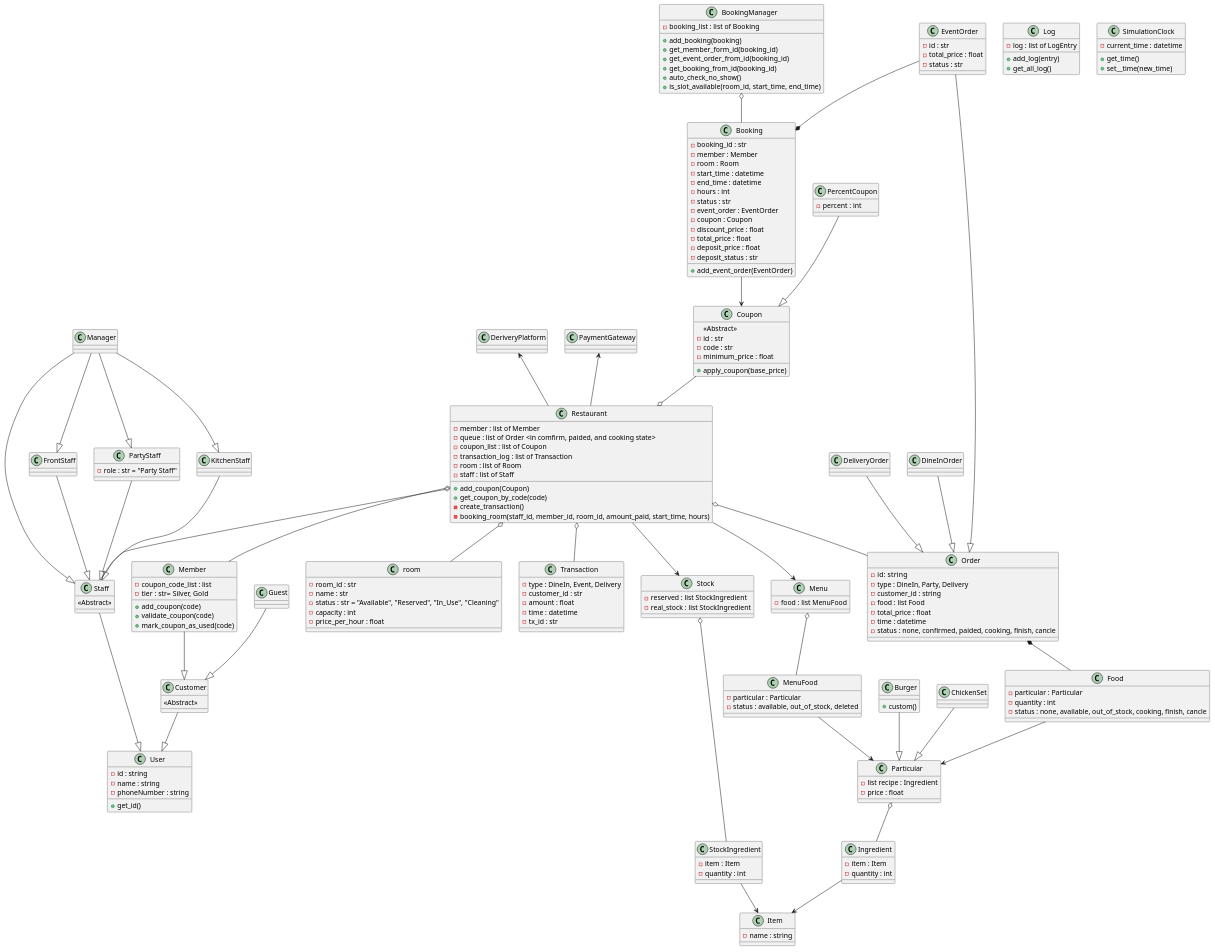
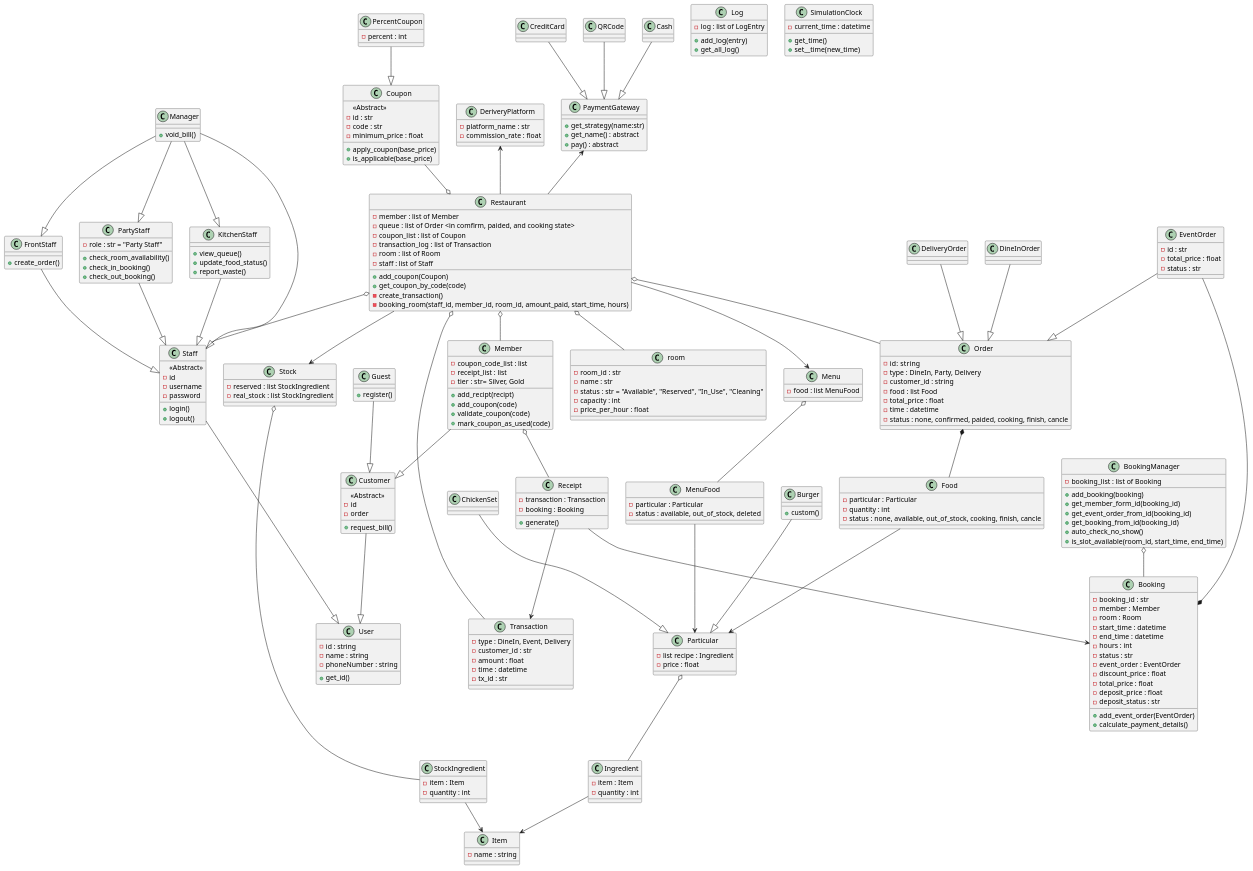
The diagram in shared/doc/class_diagram.puml (twrrippy/knight-chicken-oop), drawn with PlantUML before and after one commit.

Commit message:
Enhance class diagram with new attributes and methods for Customer, Member, Staff, Booking, Coupon, PaymentGateway, and Receipt classes

```diff
--- a/shared/doc/class_diagram.puml
+++ b/shared/doc/class_diagram.puml
@@ -25,13 +25,18 @@
 Guest--|>Customer
 class Customer {
     <<Abstract>>
+    - id
+    - order
+    + request_bill()
 }
 class Guest {
-
+    + register()
 }
 class Member{
     - coupon_code_list : list
+    - receipt_list : list
     - tier : str= Silver, Gold
+    + add_recipt(recipt)
     + add_coupon(code)
     + validate_coupon(code)
     + mark_coupon_as_used(code)
@@ -47,18 +52,30 @@
 Manager--|>KitchenStaff
 class Staff{
     <<Abstract>>
+    - id
+    - username
+    - password
+    + login()
+    + logout()
 }
 class FrontStaff{
+    + create_order()
     
 }
 class PartyStaff{
     - role : str = "Party Staff"
+    + check_room_availability()
+    + check_in_booking()
+    + check_out_booking()
 }
 class KitchenStaff{
+    + view_queue()
+    + update_food_status()
+    + report_waste()
     
 }
 class Manager{
-
+    + void_bill()
 }
 
 DineInOrder --|> Order
@@ -142,7 +159,6 @@
 }
 
 BookingManager o-- Booking
-Booking --> Coupon
 PercentCoupon --|> Coupon
 EventOrder --* Booking
 
@@ -173,12 +189,12 @@
     - hours : int
     - status : str
     - event_order : EventOrder
-    - coupon : Coupon
     - discount_price : float
     - total_price : float
     - deposit_price : float
     - deposit_status : str
     + add_event_order(EventOrder)
+    + calculate_payment_details()
 }
 class Coupon{
     <<Abstract>>
@@ -186,17 +202,45 @@
     - code : str
     - minimum_price : float
     + apply_coupon(base_price)
+    + is_applicable(base_price)
 }
 class PercentCoupon{
     - percent : int
 }
 DeriveryPlatform <-- Restaurant
 class DeriveryPlatform{
-
+    - platform_name : str
+    - commission_rate : float
 }
 PaymentGateway <-- Restaurant
 class PaymentGateway{
+    + get_strategy(name:str)
+    + get_name() : abstract
+    + pay() : abstract
+}
 
+QRCode --|> PaymentGateway
+class QRCode{
+
+}
+
+Cash --|> PaymentGateway
+class Cash{
+    
+}
+
+CreditCard --|> PaymentGateway
+class CreditCard{
+    
+}
+
+Member o-- Receipt
+Receipt --> Transaction
+Receipt --> Booking
+class Receipt{
+    - transaction : Transaction
+    - booking : Booking
+    + generate()
 }
 
 Restaurant o-- Transaction
```
